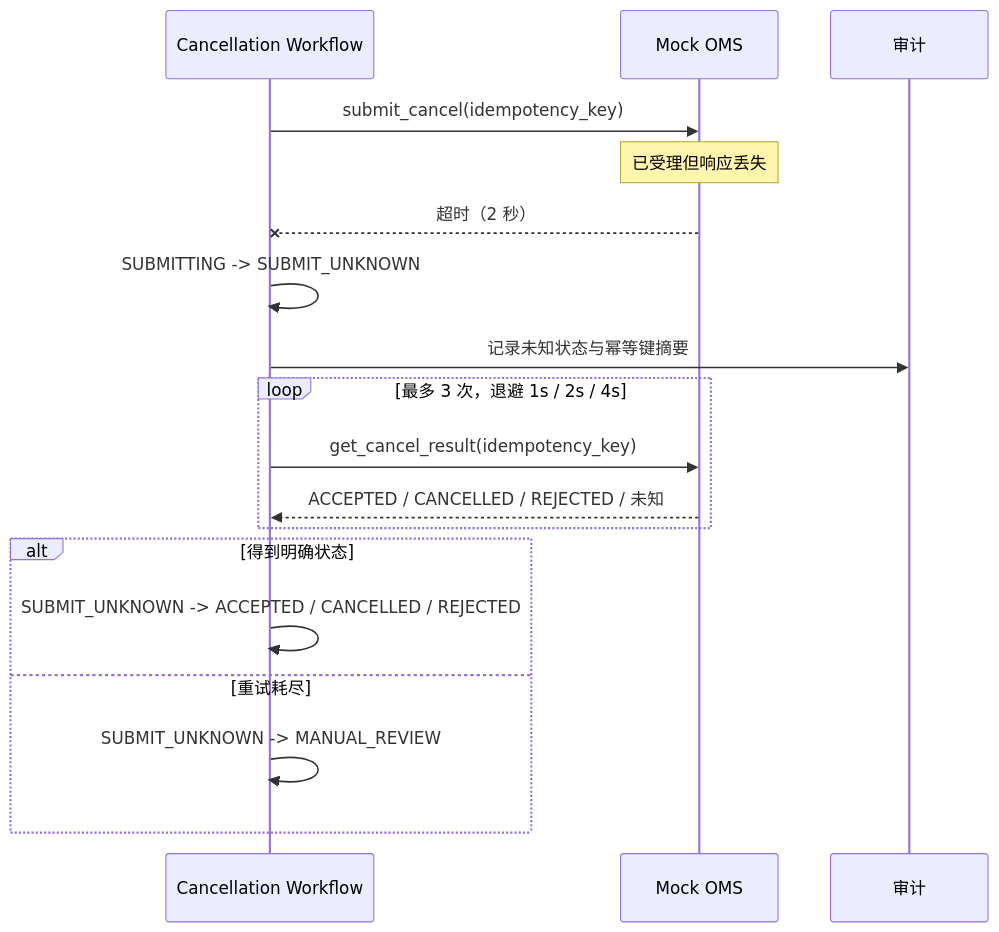
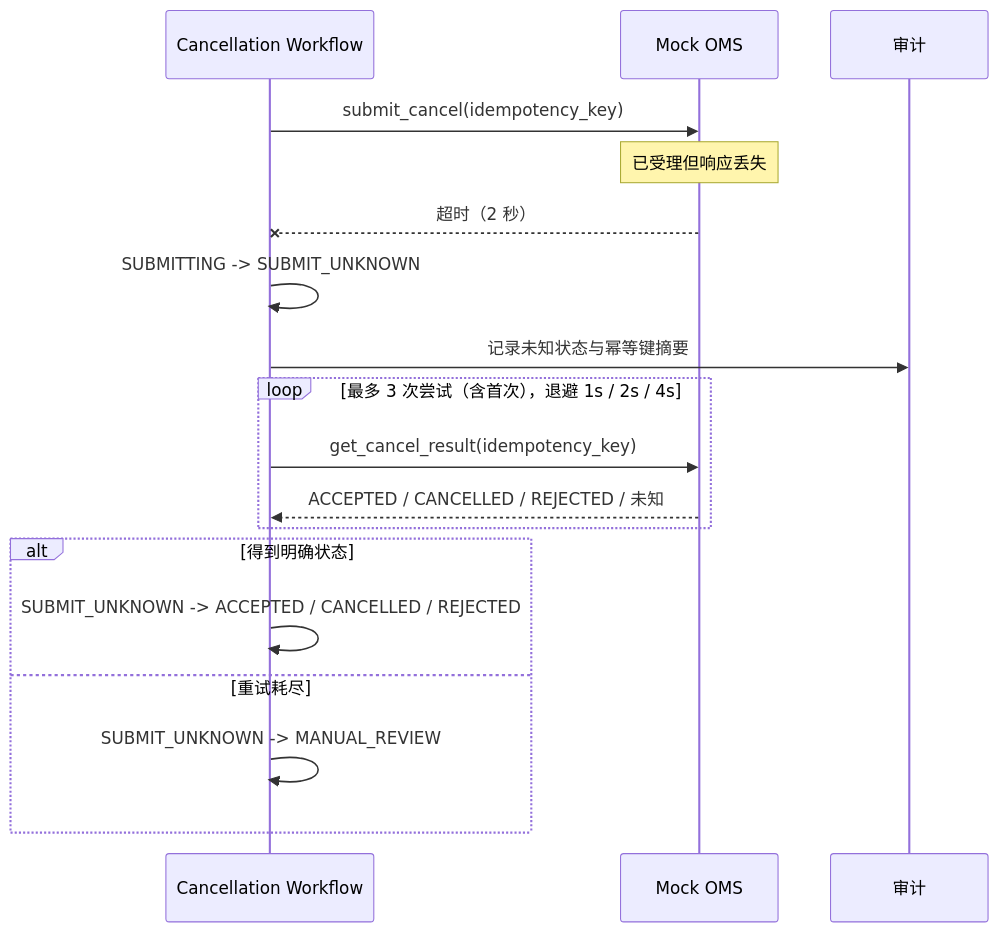
One commit to longzy/customer-service-agent changed the second of 2 diagrams in docs/specs/001-order-cancel/design.md. Above: the diagram before and after it, drawn with Mermaid. The commit also changed other lines of this file and 17 other files, not shown here.

````diff
--- a/docs/specs/001-order-cancel/design.md
+++ b/docs/specs/001-order-cancel/design.md
@@ -101,21 +102,21 @@
 ```mermaid
 sequenceDiagram
     participant WF as Cancellation Workflow
     participant OMS as Mock OMS
     participant AU as 审计
 
     WF->>OMS: submit_cancel(idempotency_key)
     Note over OMS: 已受理但响应丢失
     OMS--xWF: 超时（2 秒）
     WF->>WF: SUBMITTING -> SUBMIT_UNKNOWN
     WF->>AU: 记录未知状态与幂等键摘要
-    loop 最多 3 次，退避 1s / 2s / 4s
+    loop 最多 3 次尝试（含首次），退避 1s / 2s / 4s
         WF->>OMS: get_cancel_result(idempotency_key)
         OMS-->>WF: ACCEPTED / CANCELLED / REJECTED / 未知
     end
     alt 得到明确状态
         WF->>WF: SUBMIT_UNKNOWN -> ACCEPTED / CANCELLED / REJECTED
     else 重试耗尽
         WF->>WF: SUBMIT_UNKNOWN -> MANUAL_REVIEW
     end
 ```
````
